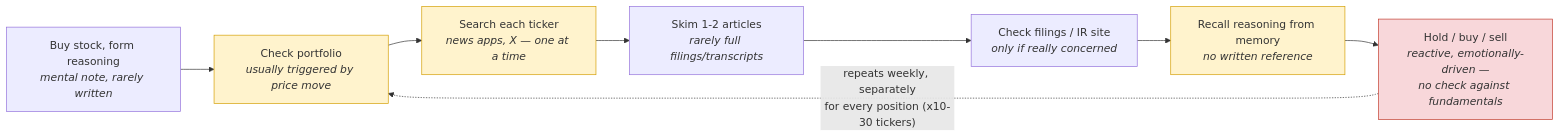
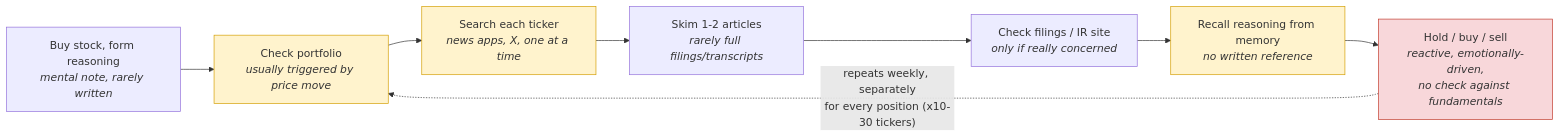
The first of 2 diagrams in Personal Portfolio Copilot-prd.md (maiufukui/portfolio-copilot), drawn with Mermaid before and after one commit. The commit also changed other lines of this file and 4 other files, not shown here.

````diff
--- a/Personal Portfolio Copilot-prd.md
+++ b/Personal Portfolio Copilot-prd.md
@@ -47,15 +29,15 @@
 ```mermaid
 flowchart LR
     A["Buy stock, form reasoning<br/><i>mental note, rarely written</i>"] --> B["Check portfolio<br/><i>usually triggered by price move</i>"]
-    B --> C["Search each ticker<br/><i>news apps, X — one at a time</i>"]
+    B --> C["Search each ticker<br/><i>news apps, X, one at a time</i>"]
     C --> D["Skim 1-2 articles<br/><i>rarely full filings/transcripts</i>"]
     D --> E["Check filings / IR site<br/><i>only if really concerned</i>"]
     E --> F["Recall reasoning from memory<br/><i>no written reference</i>"]
-    F --> G["Hold / buy / sell<br/><i>reactive, emotionally-driven —<br/>no check against fundamentals</i>"]
+    F --> G["Hold / buy / sell<br/><i>reactive, emotionally-driven,<br/>no check against fundamentals</i>"]
     G -.->|"repeats weekly, separately<br/>for every position (x10-30 tickers)"| B
 
     style B fill:#fff3cd,stroke:#d39e00
     style C fill:#fff3cd,stroke:#d39e00
     style F fill:#fff3cd,stroke:#d39e00
     style G fill:#f8d7da,stroke:#c0392b
 ```
````
